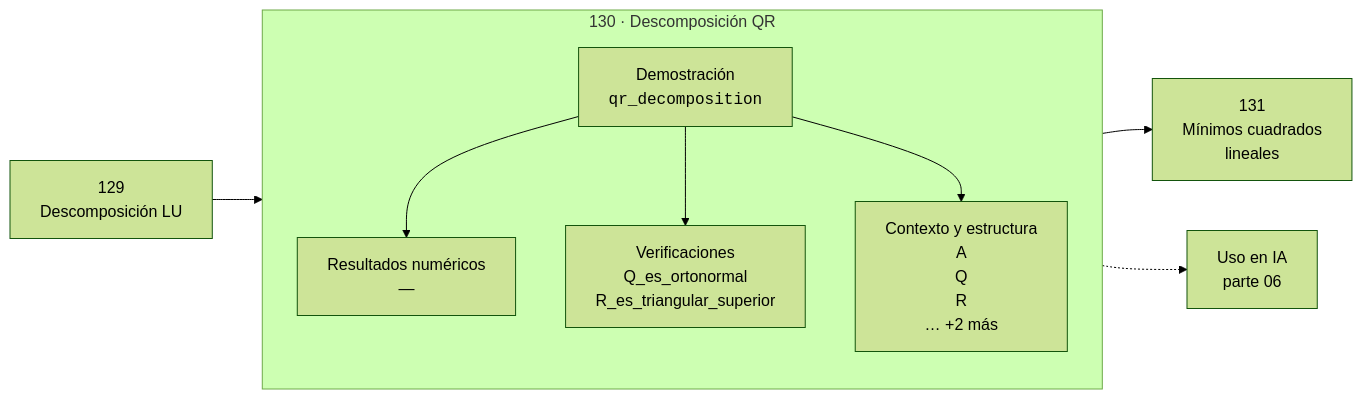
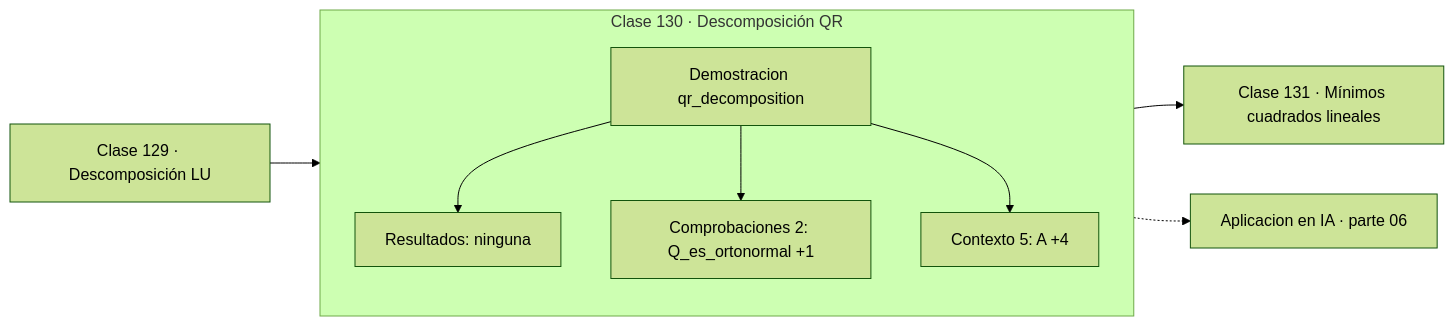
One commit to vladimiracunadev-create/computational-mathematics-program changed the diagram in classes/part-06-algebra-lineal-ii-descomposiciones-y-tensores/130-descomposicion-qr/README.md. Above: the diagram before and after it, drawn with Mermaid (forest theme). The commit also changed 389 other files, not shown here.

First line of the commit message:
fix(diagramas): elimina el HTML de las etiquetas Mermaid

````diff
--- a/classes/part-06-algebra-lineal-ii-descomposiciones-y-tensores/130-descomposicion-qr/README.md
+++ b/classes/part-06-algebra-lineal-ii-descomposiciones-y-tensores/130-descomposicion-qr/README.md
@@ -30,12 +30,13 @@
 ```mermaid
 flowchart LR
-    P["129<br/>Descomposición LU"] --> C
-    subgraph C["130 · Descomposición QR"]
+    P["Clase 129 · Descomposición LU"] --> D
+    subgraph CLASE["Clase 130 · Descomposición QR"]
         direction TB
-        D["Demostración<br/><code>qr_decomposition</code>"] --> R["Resultados numéricos<br/>—"]
-        D --> V["Verificaciones<br/>Q_es_ortonormal<br/>R_es_triangular_superior"]
-        D --> O["Contexto y estructura<br/>A<br/>Q<br/>R<br/>… +2 más"]
+        D["Demostracion qr_decomposition"]
+        D --> R["Resultados: ninguna"]
+        D --> V["Comprobaciones 2: Q_es_ortonormal +1"]
+        D --> O["Contexto 5: A +4"]
     end
-    C --> N["131<br/>Mínimos cuadrados<br/>lineales"]
-    C -.-> IA["Uso en IA<br/>parte 06"]
+    R --> N["Clase 131 · Mínimos cuadrados lineales"]
+    V -.-> IA["Aplicacion en IA · parte 06"]
 ```
````
